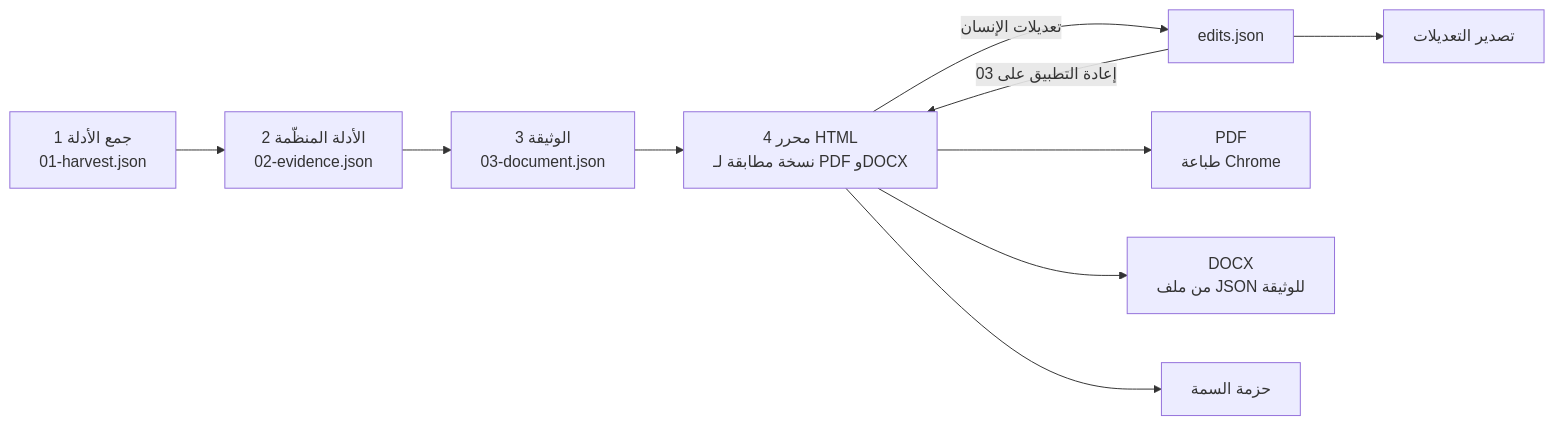
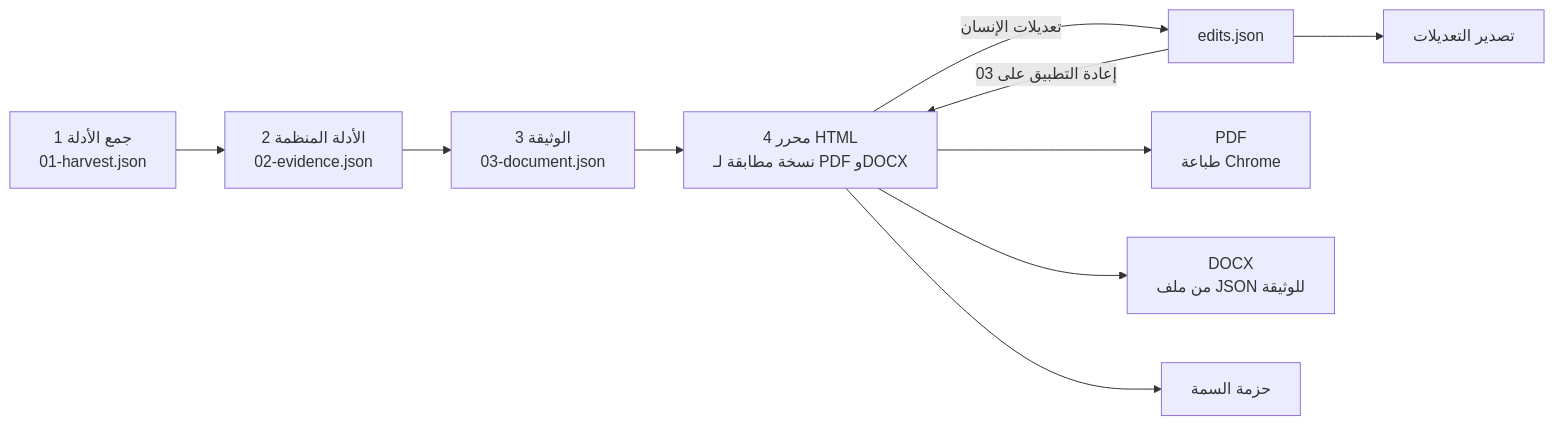
One commit to NJ-Burrito/Business-Wrap changed the diagram in bible/01-pipeline.ar.md. Above: the diagram before and after it, drawn with Mermaid. The commit also changed other lines of this file and 28 other files, not shown here.

````diff
--- a/bible/01-pipeline.ar.md
+++ b/bible/01-pipeline.ar.md
@@ -7,12 +7,12 @@
 ```mermaid
 flowchart LR
-  H[1 جمع الأدلة<br/>01-harvest.json] --> E[2 الأدلة المنظّمة<br/>02-evidence.json]
+  H[1 جمع الأدلة<br/>01-harvest.json] --> E[2 الأدلة المنظمة<br/>02-evidence.json]
   E --> D[3 الوثيقة<br/>03-document.json]
   D --> R[4 محرر HTML<br/>نسخة مطابقة لـ PDF وDOCX]
   R -- تعديلات الإنسان --> X[edits.json]
   X -- إعادة التطبيق على 03 --> R
   R --> P[PDF<br/>طباعة Chrome]
   R --> W[DOCX<br/>من ملف JSON للوثيقة]
   R --> T[حزمة السمة]
   X --> O[تصدير التعديلات]
 ```
````
